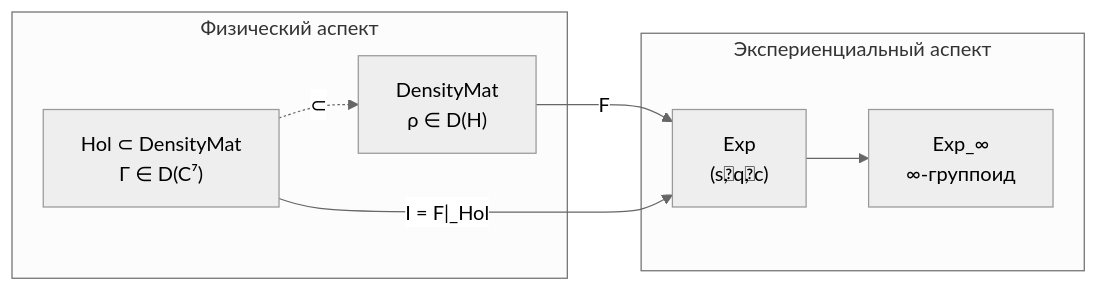
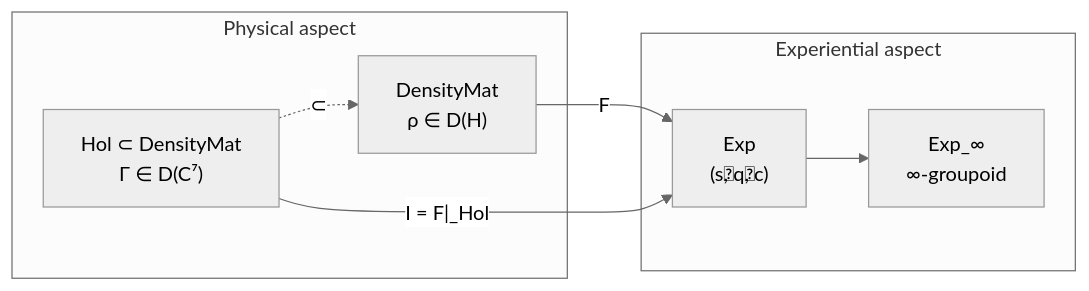
Before and after one commit to gst-st/uhm: the diagram in website/docs/core/categories/functor-f.md, drawn with Mermaid (neutral theme). The commit also changed other lines of this file and 25 other files, not shown here.

````diff
--- a/website/docs/core/categories/functor-f.md
+++ b/website/docs/core/categories/functor-f.md
@@ -265,15 +265,15 @@
 ```mermaid
 graph LR
-    subgraph "Физический аспект"
+    subgraph "Physical aspect"
         DM["DensityMat<br/>ρ ∈ D(H)"]
         Hol["Hol ⊂ DensityMat<br/>Γ ∈ D(C⁷)"]
     end
-    subgraph "Экспериенциальный аспект"
+    subgraph "Experiential aspect"
         Exp["Exp<br/>(s⃗, q⃗, c)"]
-        ExpInf["Exp_∞<br/>∞-группоид"]
+        ExpInf["Exp_∞<br/>∞-groupoid"]
     end
     DM -->|"F"| Exp
     Hol -->|"I = F|_Hol"| Exp
     Exp --> ExpInf
     Hol -.->|"⊂"| DM
 ```
````
